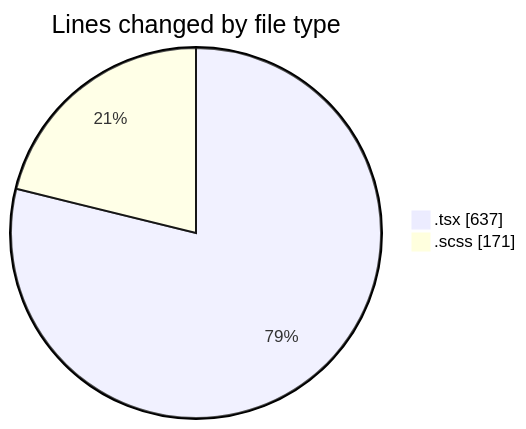
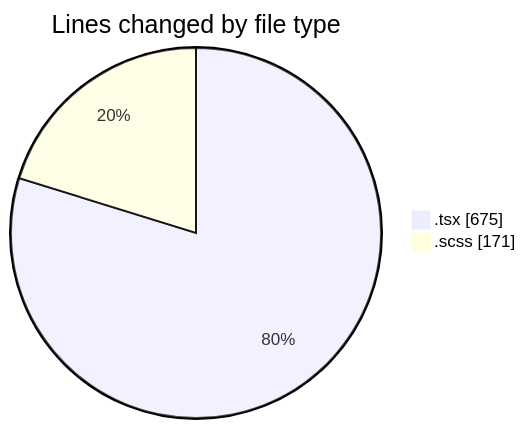
One commit to momahboobian/code-tracking changed the first of 2 diagrams in 2026-04-16/cda/README.md. Above: the diagram before and after it, drawn with Mermaid. The commit also changed other lines of this file and 1 other file, not shown here.

````diff
--- a/2026-04-16/cda/README.md
+++ b/2026-04-16/cda/README.md
@@ -23,6 +23,6 @@
 ```mermaid
 pie showData
 title Lines changed by file type
-".tsx" : 637
+".tsx" : 675
 ".scss" : 171
 ```
````
